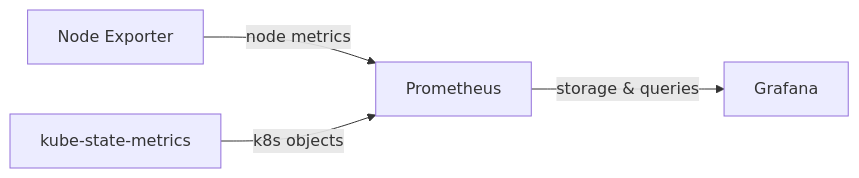
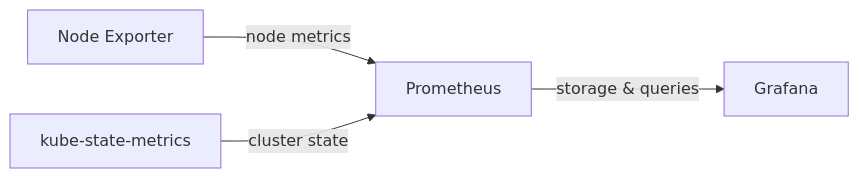
The diagram in README.md (oleksii-kryvoruchko/devops-playground), drawn with Mermaid before and after one commit. The commit also changed other lines of this file, not shown here.

````diff
--- a/README.md
+++ b/README.md
@@ -54,6 +54,6 @@
 ```mermaid
 flowchart LR
     A[Node Exporter] -->|node metrics| B[Prometheus]
-    C[kube-state-metrics] -->|k8s objects| B
+    C[kube-state-metrics] -->|cluster state| B
     B -->|storage & queries| E[Grafana]
 ```
````
